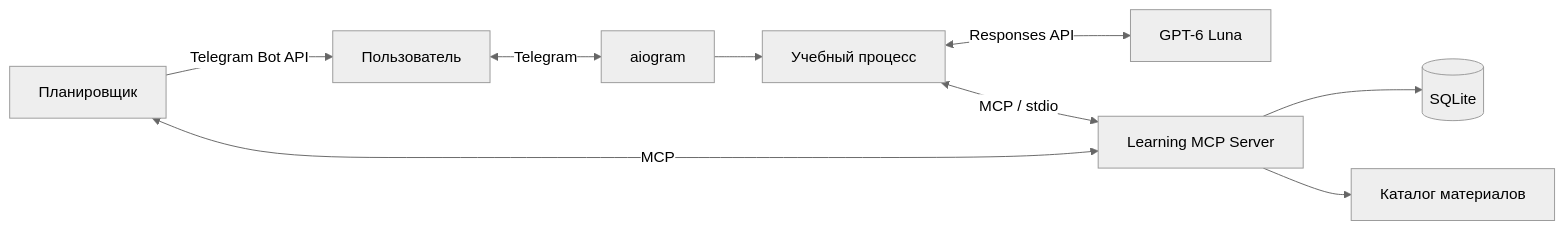
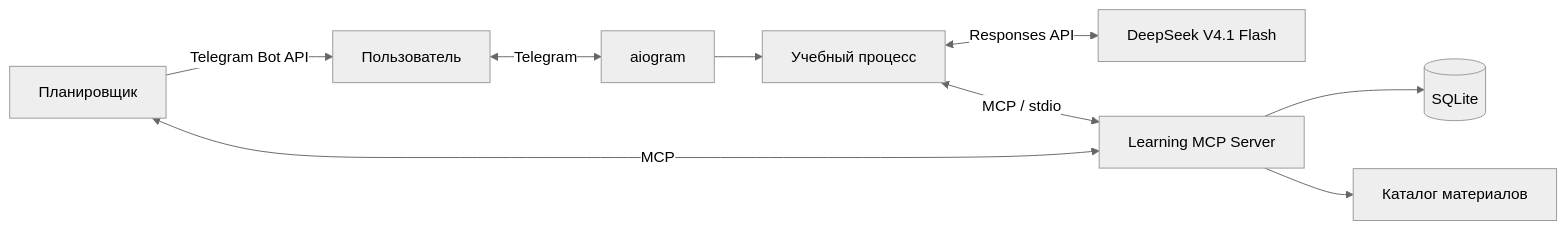
One commit to tapo4ek123/tg_tutor changed the diagram in README.md. Above: the diagram before and after it, drawn with Mermaid (neutral theme). The commit also changed other lines of this file and 30 other files, not shown here.

````diff
--- a/README.md
+++ b/README.md
@@ -30,11 +30,11 @@
 ```mermaid
 flowchart LR
   U[Пользователь] <-->|Telegram| T[aiogram]
   T --> E[Учебный процесс]
-  E <-->|Responses API| L[GPT-6 Luna]
+  E <-->|Responses API| L[DeepSeek V4.1 Flash]
   E <-->|MCP / stdio| M[Learning MCP Server]
   M --> D[(SQLite)]
   M --> C[Каталог материалов]
   S[Планировщик] <-->|MCP| M
   S -->|Telegram Bot API| U
 ```
````
